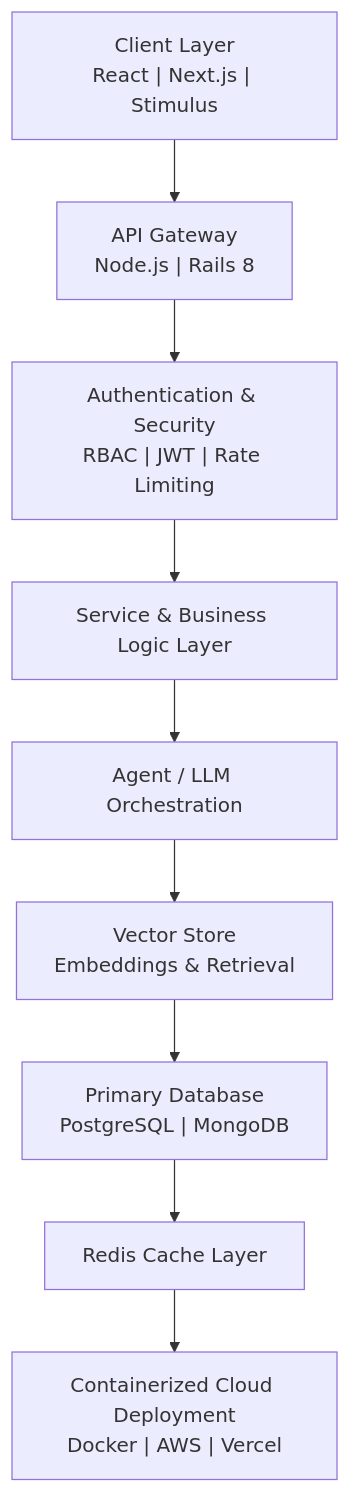
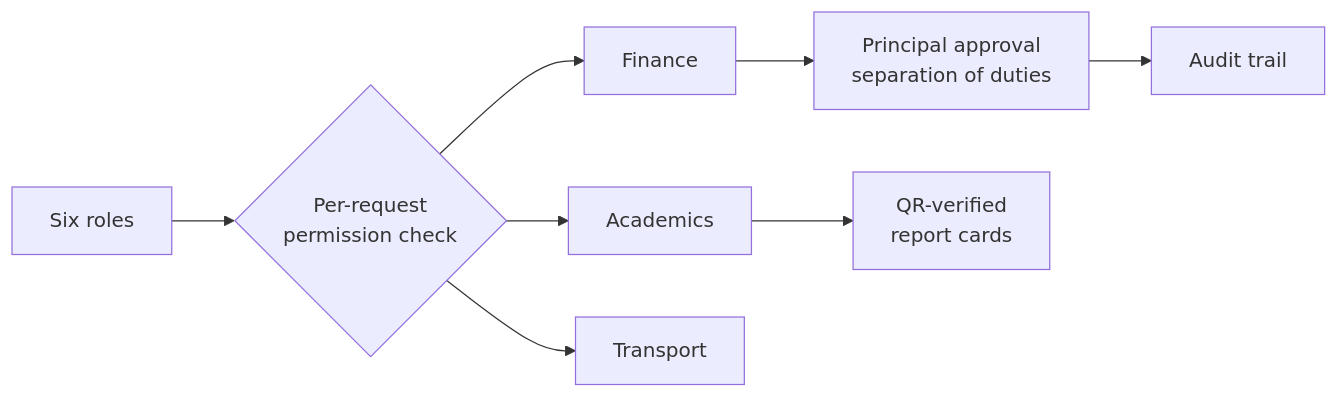
The first of 2 diagrams in README.md (skyv26/skyv26), drawn with Mermaid before and after one commit. The commit also changed other lines of this file, not shown here.

````diff
--- a/README.md
+++ b/README.md
@@ -139,22 +117,10 @@
 ```mermaid
-flowchart TD
-    A["Client Layer<br/>React | Next.js | Stimulus"]
-    B["API Gateway<br/>Node.js | Rails 8"]
-    C["Authentication & Security<br/>RBAC | JWT | Rate Limiting"]
-    D["Service & Business Logic Layer"]
-    E["Agent / LLM Orchestration"]
-    F["Vector Store<br/>Embeddings & Retrieval"]
-    G["Primary Database<br/>PostgreSQL | MongoDB"]
-    H["Redis Cache Layer"]
-    I["Containerized Cloud Deployment<br/>Docker | AWS | Vercel"]
-
-    A --> B
-    B --> C
-    C --> D
-    D --> E
-    E --> F
-    F --> G
-    G --> H
-    H --> I
-
+flowchart LR
+    R["Six roles"] --> P{"Per-request<br/>permission check"}
+    P --> A["Academics"]
+    P --> F["Finance"]
+    P --> T["Transport"]
+    F --> M["Principal approval<br/>separation of duties"]
+    M --> L["Audit trail"]
+    A --> Q["QR-verified<br/>report cards"]
 ```
````
